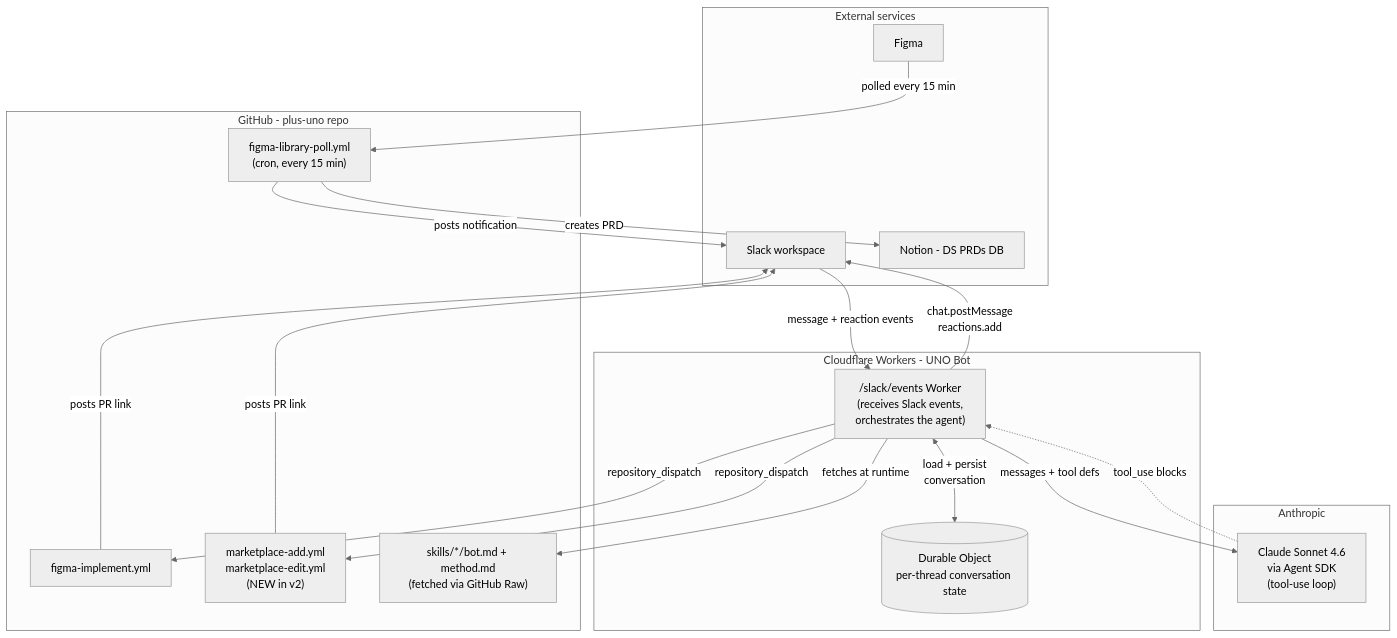
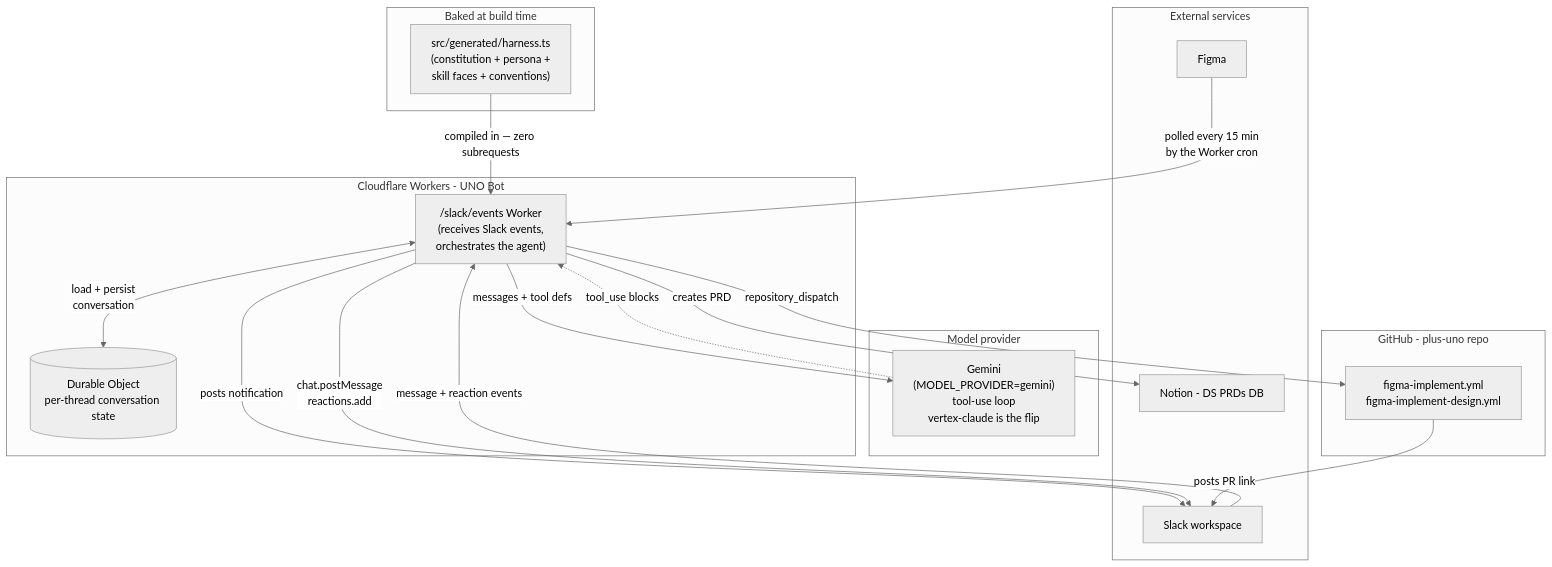
One commit to BilLogic/plus-uno changed the first of 4 diagrams in docs/context/product/uno-bot-flowcharts/uno-bot-v2-flowcharts.md. Above: the diagram before and after it, drawn with Mermaid (neutral theme). The commit also changed other lines of this file and 14 other files, not shown here.

````diff
--- a/docs/context/product/uno-bot-flowcharts/uno-bot-v2-flowcharts.md
+++ b/docs/context/product/uno-bot-flowcharts/uno-bot-v2-flowcharts.md
@@ -11,38 +29,37 @@
 ```mermaid
 flowchart TB
   subgraph external["External services"]
     Figma[Figma]
     Slack[Slack workspace]
     Notion[Notion - DS PRDs DB]
   end
 
   subgraph platform["Cloudflare Workers - UNO Bot"]
     Worker["/slack/events Worker<br/>(receives Slack events,<br/>orchestrates the agent)"]
     DO[("Durable Object<br/>per-thread conversation state")]
   end
 
-  subgraph anthropic["Anthropic"]
-    Claude["Claude Sonnet 4.6<br/>via Agent SDK<br/>(tool-use loop)"]
+  subgraph model["Model provider"]
+    Claude["Gemini<br/>(MODEL_PROVIDER=gemini)<br/>tool-use loop<br/>vertex-claude is the flip"]
   end
 
   subgraph github["GitHub - plus-uno repo"]
-    PollAction["figma-library-poll.yml<br/>(cron, every 15 min)"]
-    ImplAction["figma-implement.yml"]
-    MarketplaceAction["marketplace-add.yml<br/>marketplace-edit.yml<br/>(NEW in v2)"]
-    Skills["skills/*/bot.md + method.md<br/>(fetched via GitHub Raw)"]
+    ImplAction["figma-implement.yml<br/>figma-implement-design.yml"]
   end
 
-  Figma -->|"polled every 15 min"| PollAction
-  PollAction -->|"creates PRD"| Notion
-  PollAction -->|"posts notification"| Slack
+  subgraph baked["Baked at build time"]
+    Skills["src/generated/harness.ts<br/>(constitution + persona +<br/>skill faces + conventions)"]
+  end
+
+  Figma -->|"polled every 15 min<br/>by the Worker cron"| Worker
+  Worker -->|"creates PRD"| Notion
+  Worker -->|"posts notification"| Slack
   Slack -->|"message + reaction events"| Worker
   Worker <-->|"load + persist<br/>conversation"| DO
   Worker -->|"messages + tool defs"| Claude
   Claude -.->|"tool_use blocks"| Worker
   Worker -->|"repository_dispatch"| ImplAction
-  Worker -->|"repository_dispatch"| MarketplaceAction
-  Worker -->|"fetches at runtime"| Skills
+  Skills -->|"compiled in — zero subrequests"| Worker
   Worker -->|"chat.postMessage<br/>reactions.add"| Slack
   ImplAction -->|"posts PR link"| Slack
-  MarketplaceAction -->|"posts PR link"| Slack
 ```
````
